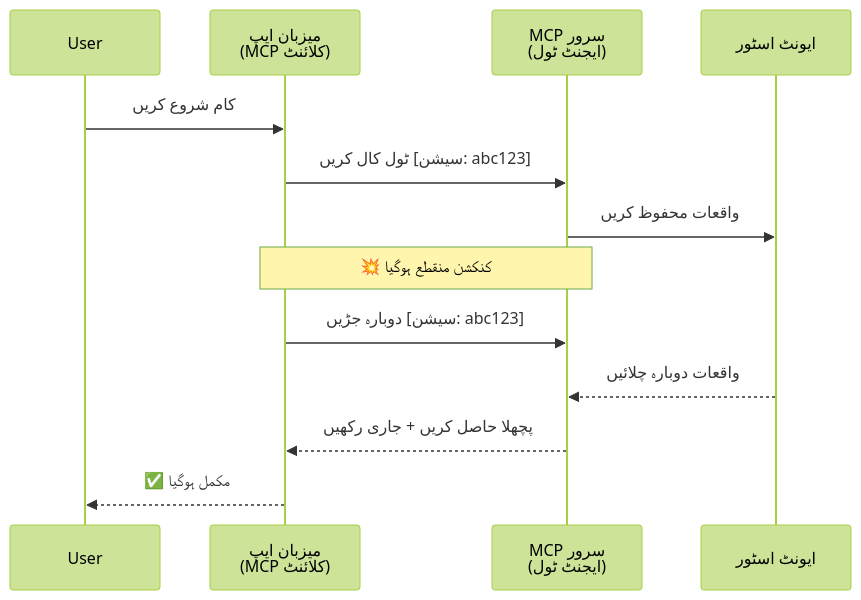
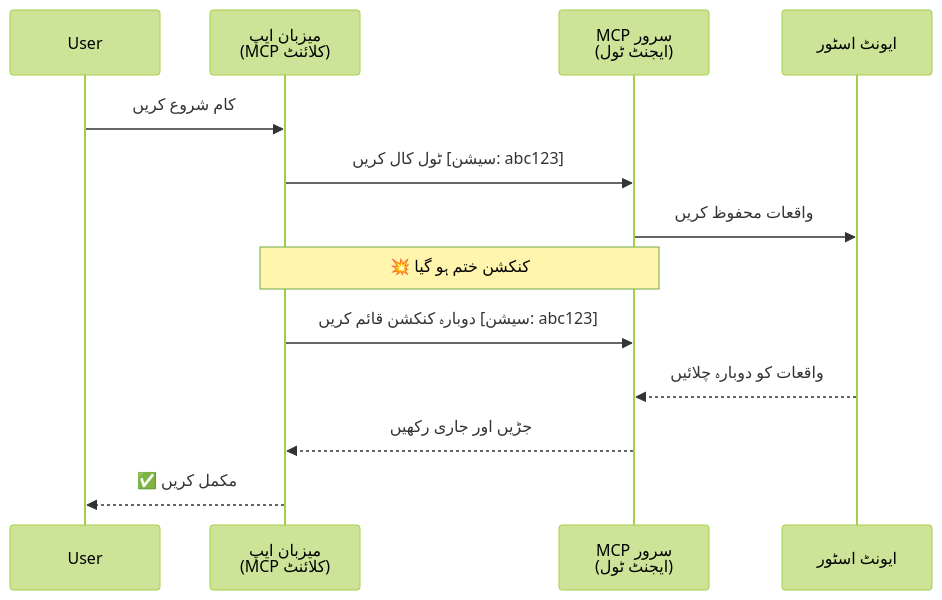
The second of 5 diagrams in mirrors/repos/microsoft@ai-agents-for-beginners/translations/ur/11-agentic-protocols/code_samples/mcp-agents/README.md (gabrielmoreira/agent-skills-mirror), drawn with Mermaid (forest theme) before and after one commit. The commit also changed other lines of this file and 4262 other files, not shown here.

````diff
--- a/mirrors/repos/microsoft@ai-agents-for-beginners/translations/ur/11-agentic-protocols/code_samples/mcp-agents/README.md
+++ b/mirrors/repos/microsoft@ai-agents-for-beginners/translations/ur/11-agentic-protocols/code_samples/mcp-agents/README.md
@@ -82,18 +82,18 @@
 ```mermaid
 sequenceDiagram
     participant User
     participant Host as میزبان ایپ<br/>(MCP کلائنٹ)
     participant Server as MCP سرور<br/>(ایجنٹ ٹول)
     participant Store as ایونٹ اسٹور
 
     User->>Host: کام شروع کریں
     Host->>Server: ٹول کال کریں [سیشن: abc123]
     Server->>Store: واقعات محفوظ کریں
 
-    Note over Host,Server: 💥 کنکشن منقطع ہوگیا
+    Note over Host,Server: 💥 کنکشن ختم ہو گیا
 
-    Host->>Server: دوبارہ جڑیں [سیشن: abc123]
-    Store-->>Server: واقعات دوبارہ چلائیں
-    Server-->>Host: پچھلا حاصل کریں + جاری رکھیں
-    Host-->>User: ✅ مکمل ہوگیا
+    Host->>Server: دوبارہ کنکشن قائم کریں [سیشن: abc123]
+    Store-->>Server: واقعات کو دوبارہ چلائیں
+    Server-->>Host: جڑیں اور جاری رکھیں
+    Host-->>User: ✅ مکمل کریں
 ```
````
